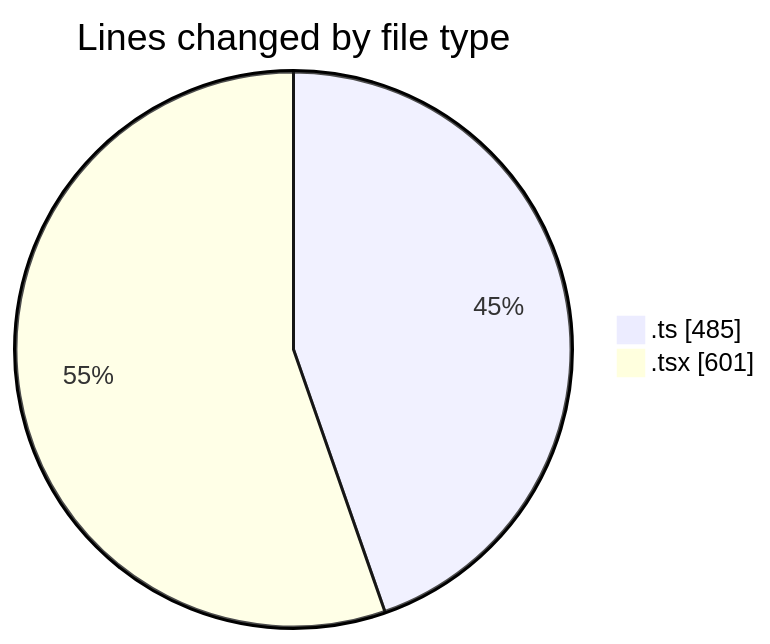
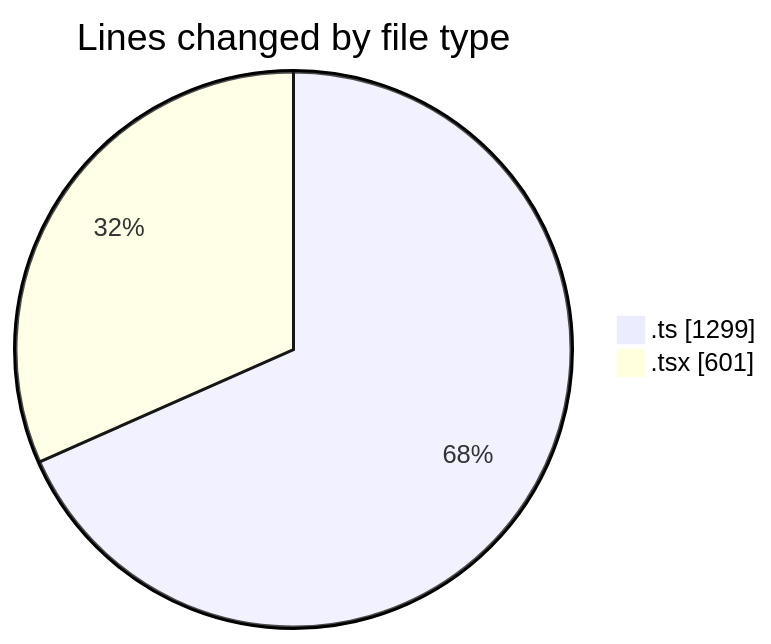
One commit to JenPaints/code-tracking changed the first of 2 diagrams in 2025-06-27/archive/README.md. Above: the diagram before and after it, drawn with Mermaid. The commit also changed other lines of this file and 1 other file, not shown here.

````diff
--- a/2025-06-27/archive/README.md
+++ b/2025-06-27/archive/README.md
@@ -26,6 +28,6 @@
 ```mermaid
 pie showData
 title Lines changed by file type
-".ts" : 485
+".ts" : 1299
 ".tsx" : 601
 ```
````
